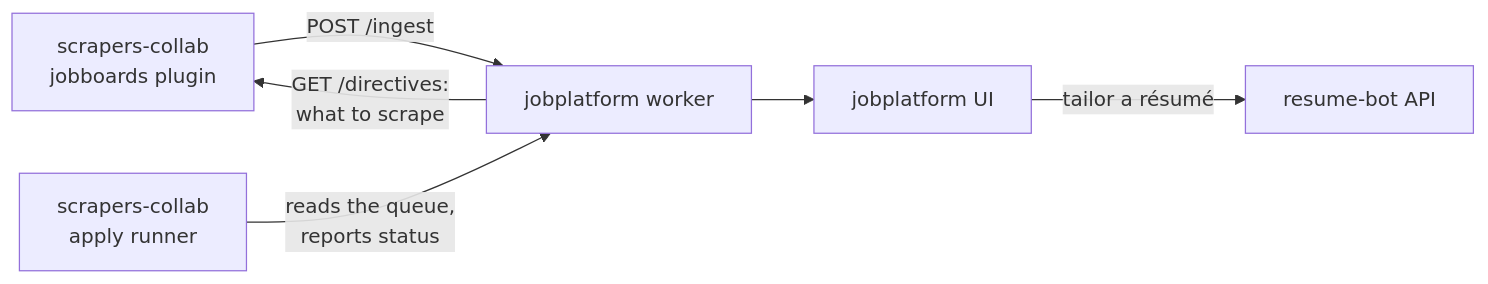
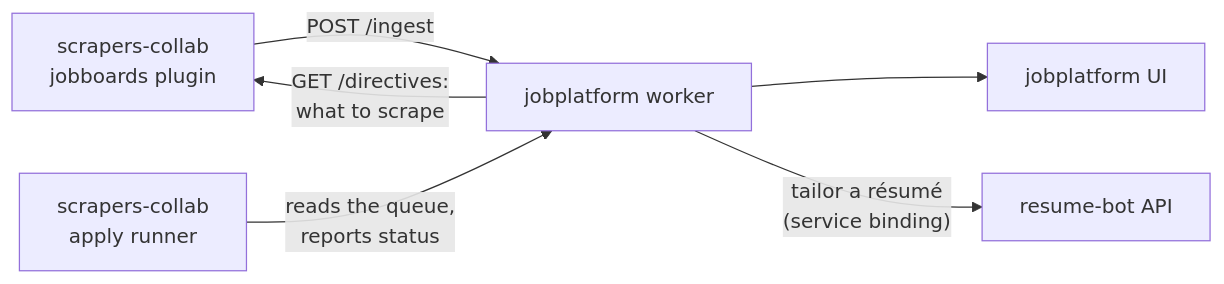
One commit to WolffM/hadoku-jobplatform changed the diagram in docs/ONBOARDING.md. Above: the diagram before and after it, drawn with Mermaid. The commit also changed other lines of this file and 6 other files, not shown here.

````diff
--- a/docs/ONBOARDING.md
+++ b/docs/ONBOARDING.md
@@ -18,8 +21,8 @@
 ```mermaid
 flowchart LR
     S["scrapers-collab<br/>jobboards plugin"] -->|"POST /ingest"| W["jobplatform worker"]
     W -->|"GET /directives:<br/>what to scrape"| S
     W --> U["jobplatform UI"]
-    U -->|"tailor a résumé"| R["resume-bot API"]
+    W -->|"tailor a résumé<br/>(service binding)"| R["resume-bot API"]
     A["scrapers-collab<br/>apply runner"] -->|"reads the queue,<br/>reports status"| W
 ```
````
